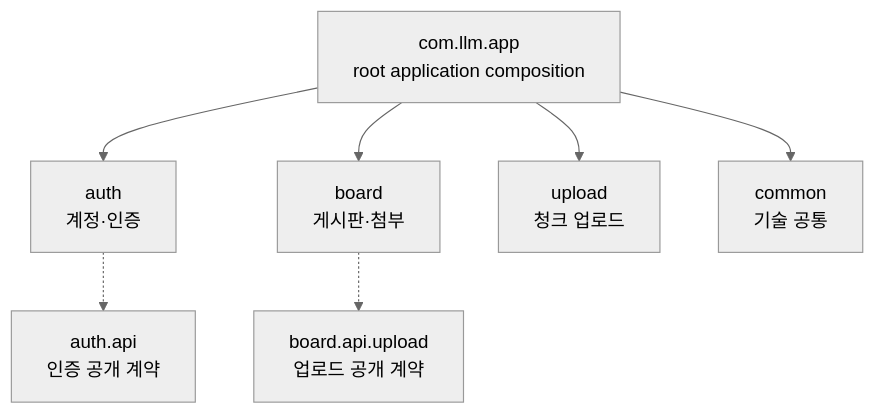
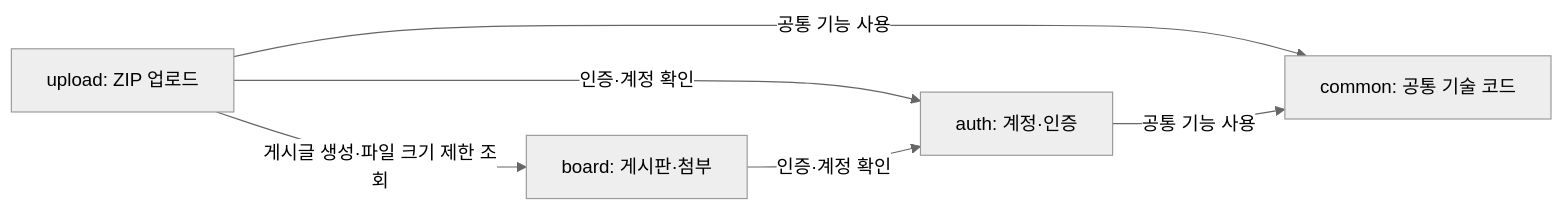
Before and after one commit to yangyag/llm: the diagram in docs/19-modulith-architecture-map.md, drawn with Mermaid (neutral theme). The commit also changed other lines of this file, not shown here.

````diff
--- a/docs/19-modulith-architecture-map.md
+++ b/docs/19-modulith-architecture-map.md
@@ -44,18 +28,13 @@
 ```mermaid
-flowchart TB
-    root["com.llm.app<br/>root application composition"]
-    auth["auth<br/>계정·인증"]
-    board["board<br/>게시판·첨부"]
-    upload["upload<br/>청크 업로드"]
-    common["common<br/>기술 공통"]
+flowchart LR
+    upload["upload: ZIP 업로드"]
+    board["board: 게시판·첨부"]
+    auth["auth: 계정·인증"]
+    common["common: 공통 기술 코드"]
 
-    authApi["auth.api<br/>인증 공개 계약"]
-    boardUpload["board.api.upload<br/>업로드 공개 계약"]
-
-    root --> auth
-    root --> board
-    root --> upload
-    root --> common
-    auth -.-> authApi
-    board -.-> boardUpload
+    upload -->|게시글 생성·파일 크기 제한 조회| board
+    upload -->|인증·계정 확인| auth
+    board -->|인증·계정 확인| auth
+    upload -->|공통 기능 사용| common
+    auth -->|공통 기능 사용| common
 ```
````
